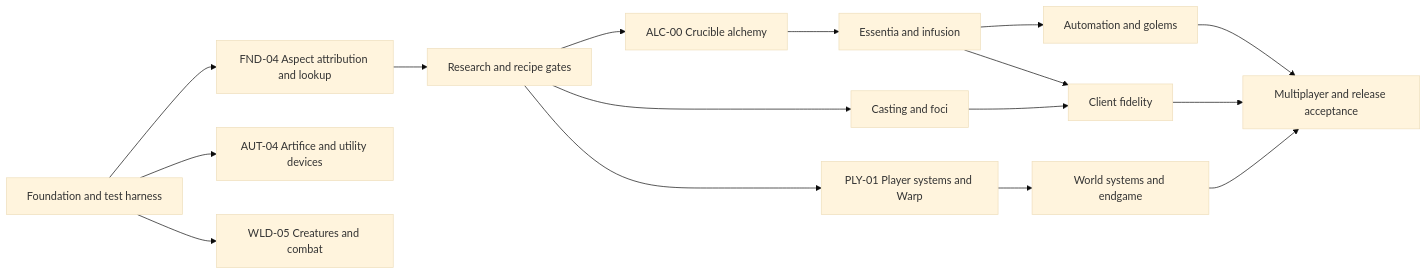
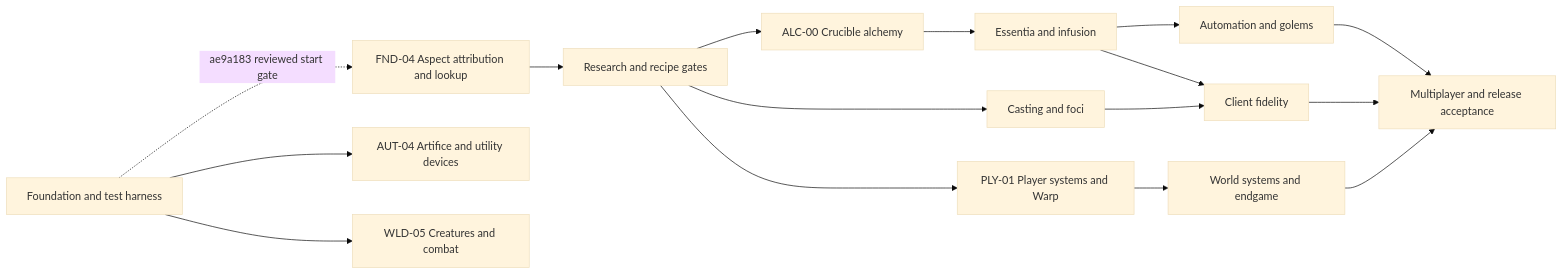
One commit to MrBeastyCakes/Thaumcraft-6-Source-Code-1.20.1 changed the diagram in docs/agent-pipeline/README.md. Above: the diagram before and after it, drawn with Mermaid (base theme). The commit also changed other lines of this file and 10 other files, not shown here.

Commit message:
docs: separate reviewed harness readiness from runtime acceptance

````diff
--- a/docs/agent-pipeline/README.md
+++ b/docs/agent-pipeline/README.md
@@ -35,18 +38,18 @@
 ```mermaid
 flowchart LR
-  FND[Foundation and test harness] --> FND04[FND-04 Aspect attribution and lookup]
+  FND[Foundation and test harness] -. ae9a183 reviewed start gate .-> FND04[FND-04 Aspect attribution and lookup]
   FND04 --> RSR[Research and recipe gates]
   FND --> AUT04[AUT-04 Artifice and utility devices]
   FND --> WLD05[WLD-05 Creatures and combat]
   RSR --> ALC00[ALC-00 Crucible alchemy]
   ALC00 --> ALC[Essentia and infusion]
   RSR --> CAS[Casting and foci]
   ALC --> AUT[Automation and golems]
   RSR --> PLY[PLY-01 Player systems and Warp]
   PLY --> WLD[World systems and endgame]
   ALC --> CLI[Client fidelity]
   CAS --> CLI
   AUT --> REL[Multiplayer and release acceptance]
   WLD --> REL
   CLI --> REL
 ```
````
